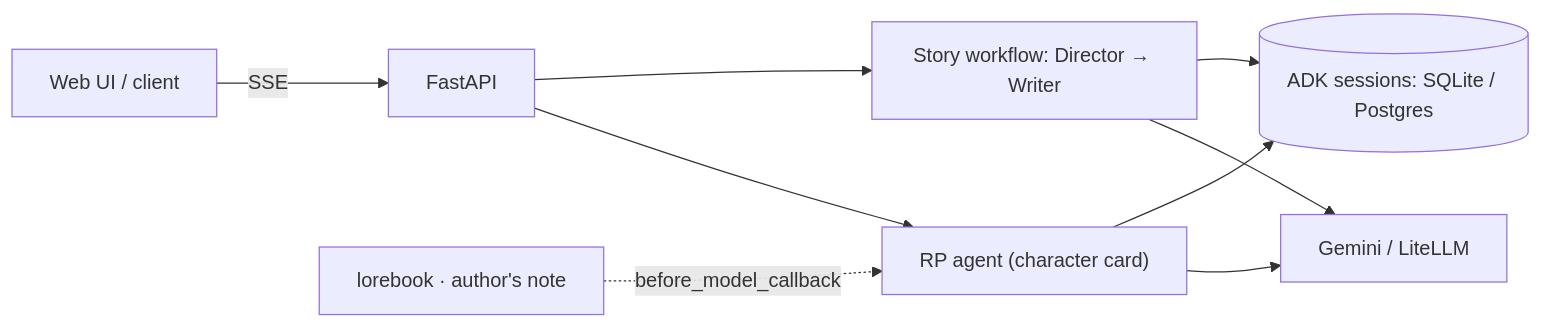
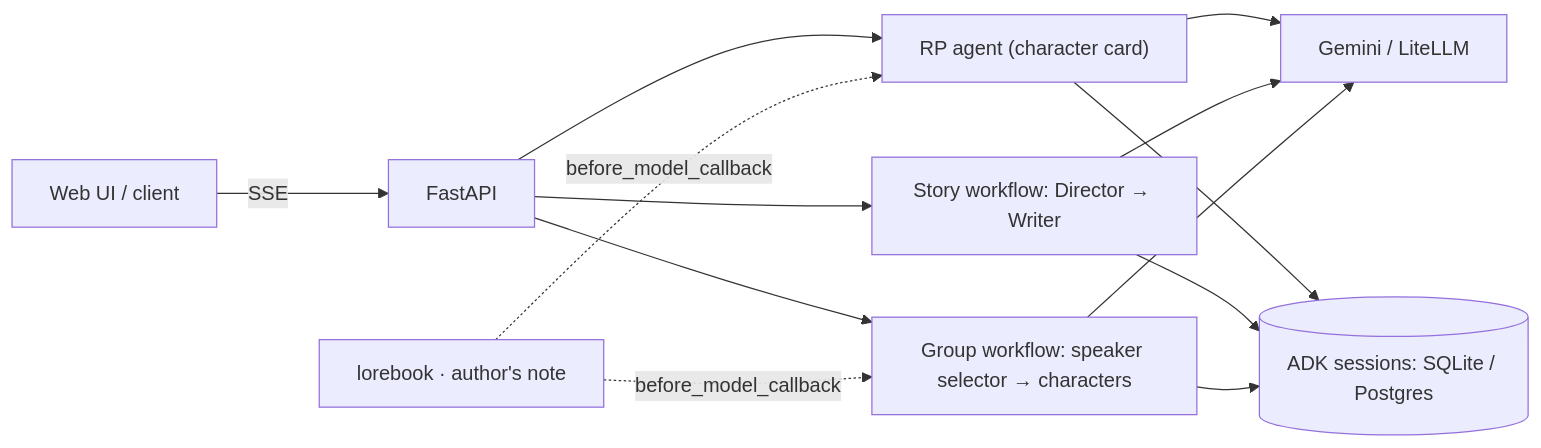
The diagram in README.md (tangcc35/slm-vlm-post-training), drawn with Mermaid before and after one commit. The commit also changed other lines of this file and 9 other files, not shown here.

````diff
--- a/README.md
+++ b/README.md
@@ -82,11 +83,15 @@
 ```mermaid
 flowchart LR
     UI[Web UI / client] -->|SSE| API[FastAPI]
     API --> RP["RP agent (character card)"]
     API --> WF["Story workflow: Director → Writer"]
+    API --> GW["Group workflow: speaker selector → characters"]
     INJ["lorebook · author's note"] -. before_model_callback .-> RP
+    INJ -. before_model_callback .-> GW
     RP --> LLM[Gemini / LiteLLM]
     WF --> LLM
+    GW --> LLM
     RP --> DB[("ADK sessions: SQLite / Postgres")]
     WF --> DB
+    GW --> DB
 ```
````
